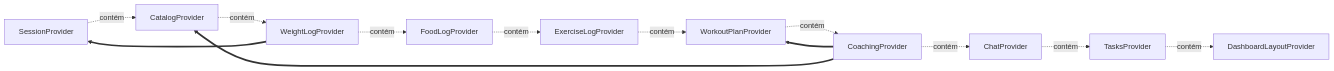
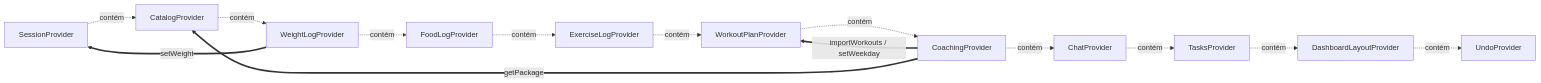
The second of 4 diagrams in audit/architecture.md (willians-e-silva/treina), drawn with Mermaid before and after one commit. The commit also changed other lines of this file and 14 other files, not shown here.

````diff
--- a/audit/architecture.md
+++ b/audit/architecture.md
@@ -46,25 +49,27 @@
 ```mermaid
 flowchart LR
   p0["SessionProvider"]
   p1["CatalogProvider"]
-  p0 -.->|contém| p1
+  p0 -.contém.-> p1
   p2["WeightLogProvider"]
-  p1 -.->|contém| p2
+  p1 -.contém.-> p2
   p3["FoodLogProvider"]
-  p2 -.->|contém| p3
+  p2 -.contém.-> p3
   p4["ExerciseLogProvider"]
-  p3 -.->|contém| p4
+  p3 -.contém.-> p4
   p5["WorkoutPlanProvider"]
-  p4 -.->|contém| p5
+  p4 -.contém.-> p5
   p6["CoachingProvider"]
-  p5 -.->|contém| p6
+  p5 -.contém.-> p6
   p7["ChatProvider"]
-  p6 -.->|contém| p7
+  p6 -.contém.-> p7
   p8["TasksProvider"]
-  p7 -.->|contém| p8
+  p7 -.contém.-> p8
   p9["DashboardLayoutProvider"]
-  p8 -.->|contém| p9
-  p2 ==> p0
-  p6 ==> p5
-  p6 ==> p1
+  p8 -.contém.-> p9
+  p10["UndoProvider"]
+  p9 -.contém.-> p10
+  p2 ==>|"setWeight"| p0
+  p6 ==>|"importWorkouts / setWeekday"| p5
+  p6 ==>|"getPackage"| p1
 ```
````
